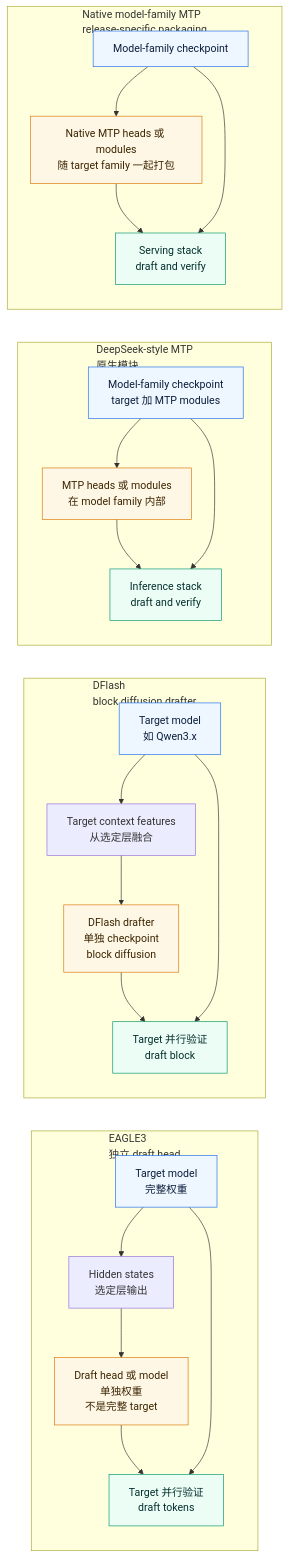
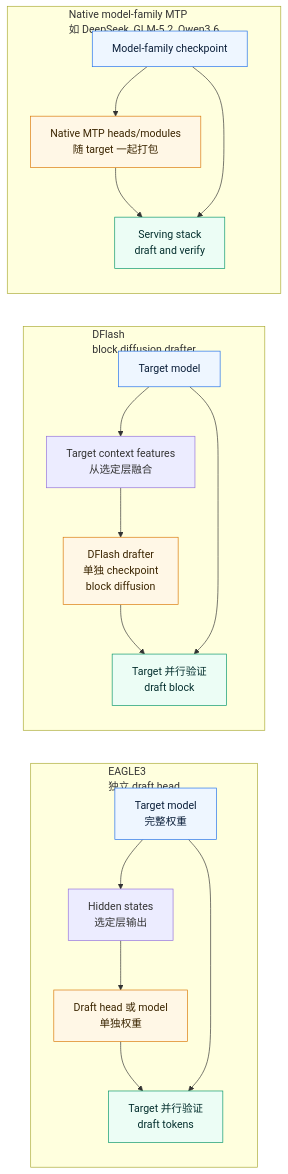
One commit to david-xinyuwei/david-share changed the second of 2 diagrams in Deep-Learning/Speculative-Decoding/README-CN.md. Above: the diagram before and after it, drawn with Mermaid. The commit also changed other lines of this file and 1 other file, not shown here.

First line of the commit message:
docs: consolidate Mermaid diagrams — merge duplicate MTP subgraphs, remove redundant EAGLE3 architecture chart

````diff
--- a/Deep-Learning/Speculative-Decoding/README-CN.md
+++ b/Deep-Learning/Speculative-Decoding/README-CN.md
@@ -228,49 +228,40 @@
 ```mermaid
 flowchart LR
     subgraph E3["EAGLE3<br/>独立 draft head"]
         E3T["Target model<br/>完整权重"]
         E3H["Hidden states<br/>选定层输出"]
-        E3D["Draft head 或 model<br/>单独权重<br/>不是完整 target"]
+        E3D["Draft head 或 model<br/>单独权重"]
         E3V["Target 并行验证<br/>draft tokens"]
         E3T --> E3H
         E3H --> E3D
         E3D --> E3V
         E3T --> E3V
     end
 
     subgraph DF["DFlash<br/>block diffusion drafter"]
-        DFT["Target model<br/>如 Qwen3.x"]
+        DFT["Target model"]
         DFF["Target context features<br/>从选定层融合"]
         DFD["DFlash drafter<br/>单独 checkpoint<br/>block diffusion"]
         DFV["Target 并行验证<br/>draft block"]
         DFT --> DFF
         DFF --> DFD
         DFD --> DFV
         DFT --> DFV
     end
 
-    subgraph DS["DeepSeek-style MTP<br/>原生模块"]
-        DST["Model-family checkpoint<br/>target 加 MTP modules"]
-        DSH["MTP heads 或 modules<br/>在 model family 内部"]
-        DSV["Inference stack<br/>draft and verify"]
-        DST --> DSH
-        DSH --> DSV
-        DST --> DSV
-    end
-
-    subgraph NM["Native model-family MTP<br/>release-specific packaging"]
+    subgraph NM["Native model-family MTP<br/>如 DeepSeek, GLM-5.2, Qwen3.6"]
         NMT["Model-family checkpoint"]
-        NMD["Native MTP heads 或 modules<br/>随 target family 一起打包"]
+        NMD["Native MTP heads/modules<br/>随 target 一起打包"]
         NMV["Serving stack<br/>draft and verify"]
         NMT --> NMD
         NMD --> NMV
         NMT --> NMV
     end
 
     classDef target fill:#eef6ff,stroke:#1f6feb,color:#0b1f3a
     classDef drafter fill:#fff7e6,stroke:#d97706,color:#3b2500
     classDef verify fill:#ecfdf5,stroke:#059669,color:#042f2e
-    class E3T,DFT,DST,NMT target
-    class E3D,DFD,DSH,NMD drafter
-    class E3V,DFV,DSV,NMV verify
+    class E3T,DFT,NMT target
+    class E3D,DFD,NMD drafter
+    class E3V,DFV,NMV verify
 ```
````
